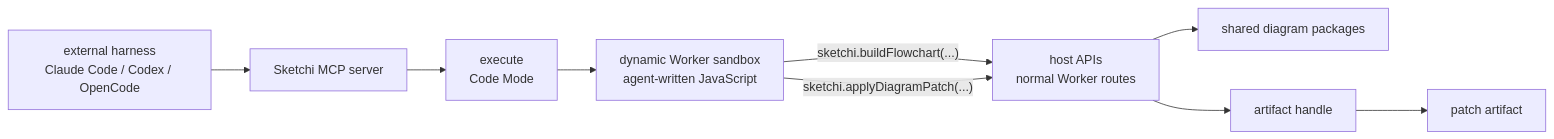
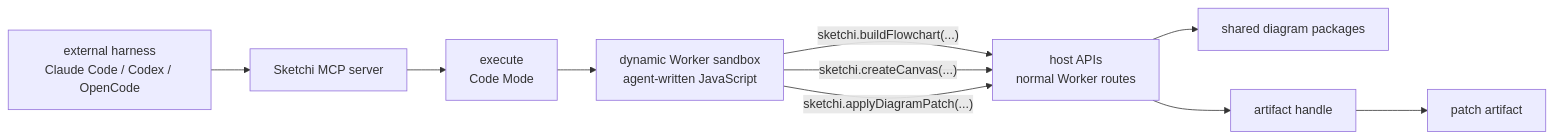
The first of 17 diagrams in docs/mcp-tool-catalog.md (shpitdev/sketchi), drawn with Mermaid before and after one commit. The commit also changed other lines of this file and 36 other files, not shown here.

````diff
--- a/docs/mcp-tool-catalog.md
+++ b/docs/mcp-tool-catalog.md
@@ -37,20 +38,21 @@
 ```mermaid
 flowchart LR
   Harness["external harness<br/>Claude Code / Codex / OpenCode"]
   McpServer["Sketchi MCP server"]
   Execute["execute<br/>Code Mode"]
   Sandbox["dynamic Worker sandbox<br/>agent-written JavaScript"]
   HostApi["host APIs<br/>normal Worker routes"]
   Packages["shared diagram packages"]
   Artifact["artifact handle"]
   Patch["patch artifact"]
 
   Harness --> McpServer
   McpServer --> Execute
   Execute --> Sandbox
   Sandbox -->|"sketchi.buildFlowchart(...)"| HostApi
+  Sandbox -->|"sketchi.createCanvas(...)"| HostApi
   Sandbox -->|"sketchi.applyDiagramPatch(...)"| HostApi
   HostApi --> Packages
   HostApi --> Artifact
   Artifact --> Patch
 ```
````
